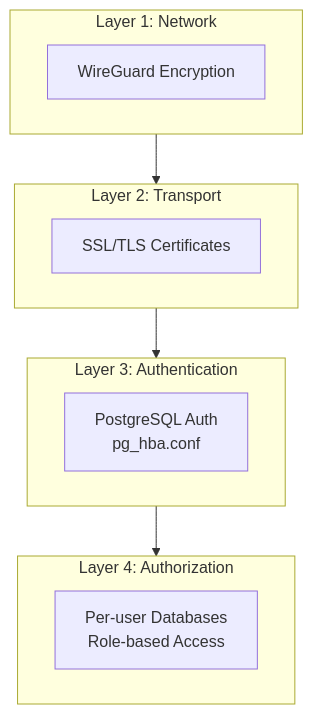
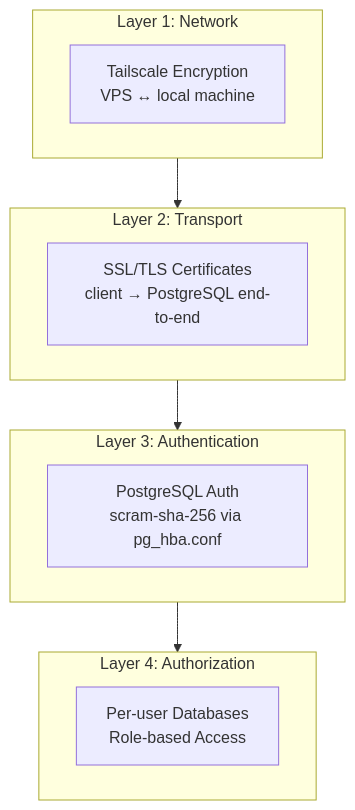
Before and after one commit to gperdrizet/postgreSQL-server: the fourth of 8 diagrams in docs/architecture.md, drawn with Mermaid. The commit also changed other lines of this file and 5 other files, not shown here.

````diff
--- a/docs/architecture.md
+++ b/docs/architecture.md
@@ -84,20 +86,20 @@
 ```mermaid
 flowchart TB
     subgraph layer1[Layer 1: Network]
-        WG[WireGuard Encryption]
+        TS[Tailscale Encryption<br/>VPS ↔ local machine]
     end
     
     subgraph layer2[Layer 2: Transport]
-        SSL[SSL/TLS Certificates]
+        SSL[SSL/TLS Certificates<br/>client → PostgreSQL end-to-end]
     end
     
     subgraph layer3[Layer 3: Authentication]
-        AUTH[PostgreSQL Auth<br/>pg_hba.conf]
+        AUTH[PostgreSQL Auth<br/>scram-sha-256 via pg_hba.conf]
     end
     
     subgraph layer4[Layer 4: Authorization]
         PERMS[Per-user Databases<br/>Role-based Access]
     end
     
     layer1 --> layer2 --> layer3 --> layer4
 ```
````
